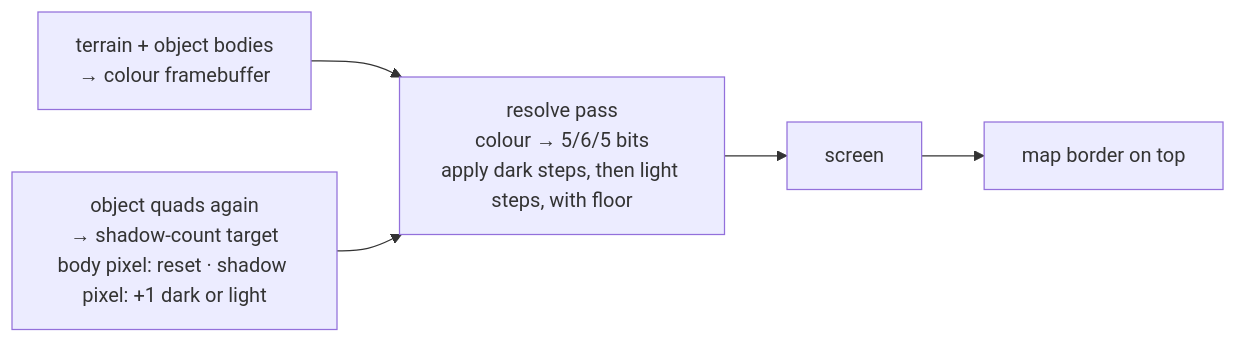
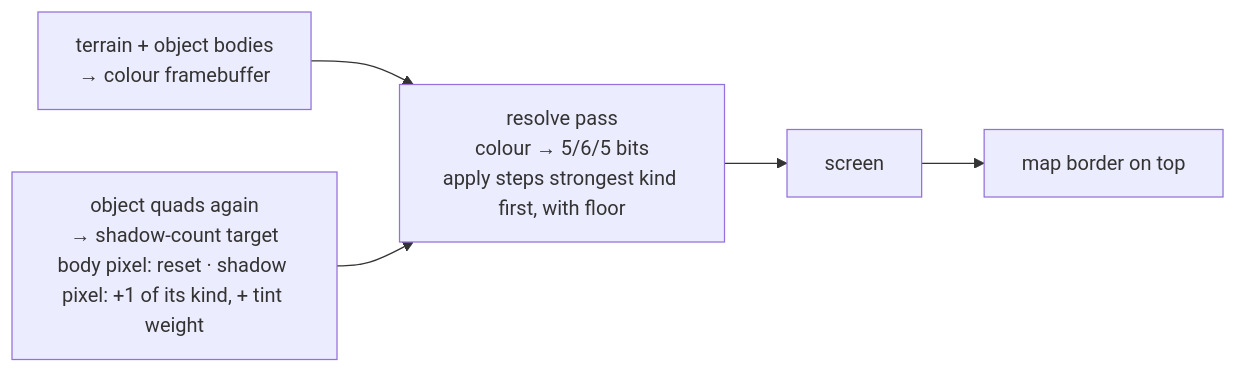
The third of 4 diagrams in docs/architecture.md (Alamion/heroes_III_ts), drawn with Mermaid before and after one commit. The commit also changed other lines of this file and 18 other files, not shown here.

````diff
--- a/docs/architecture.md
+++ b/docs/architecture.md
@@ -443,7 +462,7 @@
 ```mermaid
 flowchart LR
   A["terrain + object bodies<br/>→ colour framebuffer"] --> C
-  B["object quads again<br/>→ shadow-count target<br/>body pixel: reset · shadow pixel: +1 dark or light"] --> C
-  C["resolve pass<br/>colour → 5/6/5 bits<br/>apply dark steps, then light steps, with floor"] --> D["screen"]
+  B["object quads again<br/>→ shadow-count target<br/>body pixel: reset · shadow pixel: +1 of its kind, + tint weight"] --> C
+  C["resolve pass<br/>colour → 5/6/5 bits<br/>apply steps strongest kind first, with floor"] --> D["screen"]
   D --> E["map border on top"]
 ```
````
